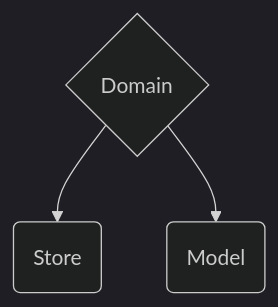
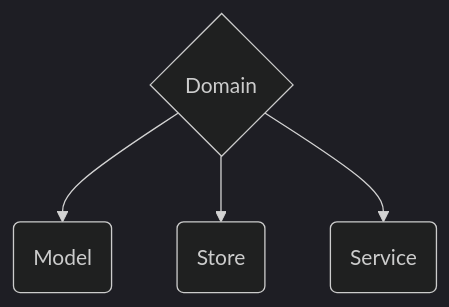
Before and after one commit to Walikuperek/quak-docs: the diagram in pages/learn/architecture/drd-frontend/domain.mdx, drawn with Mermaid (dark theme). The commit also changed other lines of this file and 115 other files, not shown here.

````diff
--- a/pages/learn/architecture/drd-frontend/domain.mdx
+++ b/pages/learn/architecture/drd-frontend/domain.mdx
@@ -12,6 +8,7 @@
 ```mermaid
 flowchart TD
     C{Domain}
-    C --> E(Store)
-    C --> F(Model)
+    C --> E(Model)
+    C --> F(Store)
+    C --> G(Service)
 ```
````
